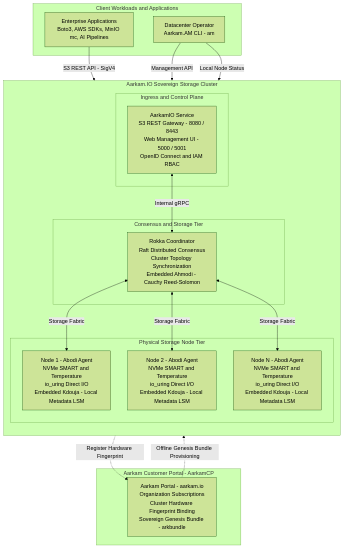
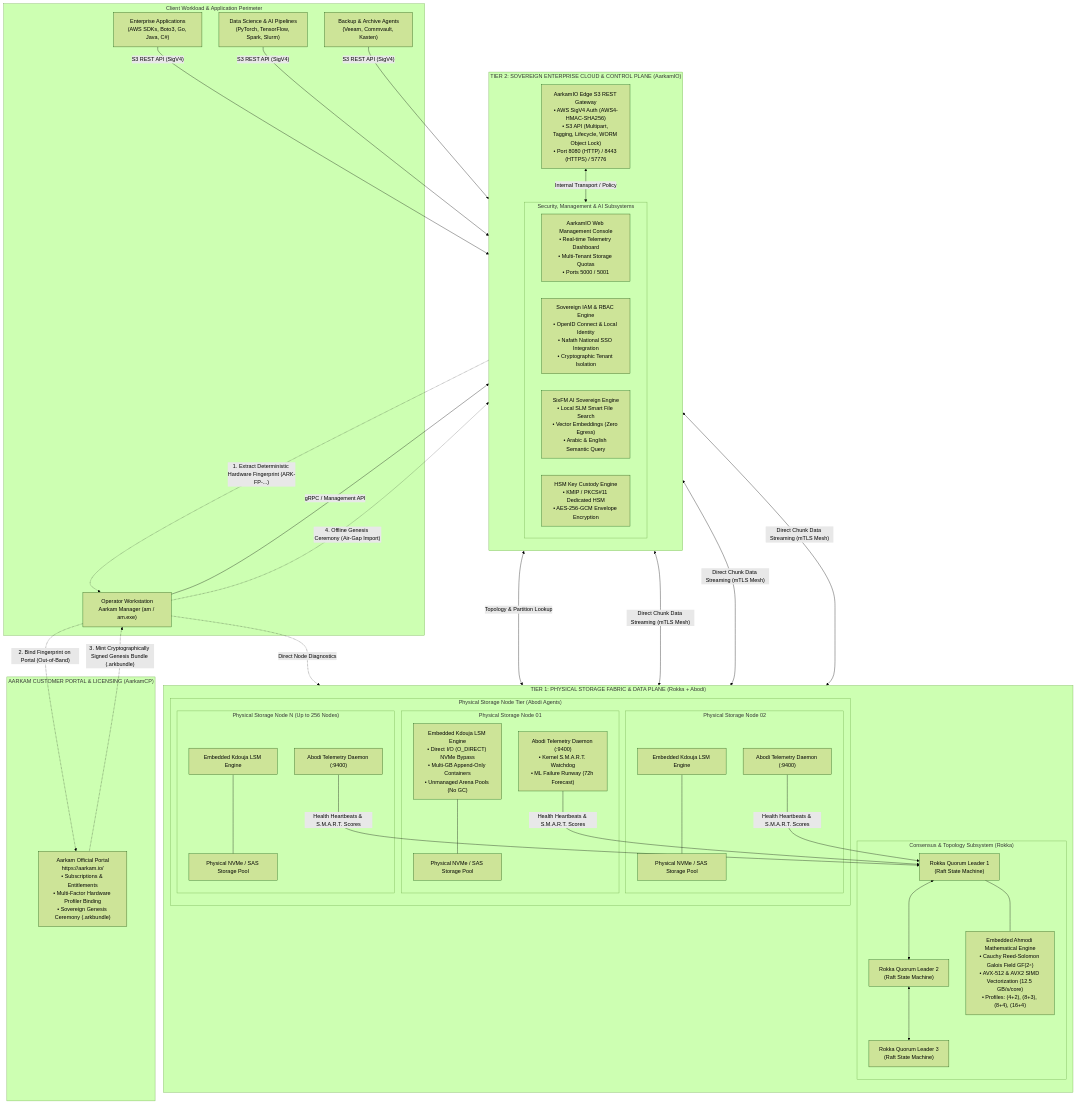
Before and after one commit to aarkamio/Aarkam: the diagram in README.md, drawn with Mermaid (forest theme). The commit also changed other lines of this file and 7 other files, not shown here.

Commit message:
docs: deeply rewrite README with system architecture, two production tiers, and customer portal genesis ceremony

````diff
--- a/README.md
+++ b/README.md
@@ -20,42 +71,87 @@
 ```mermaid
 flowchart TD
-    subgraph ClientLayer["Client Workloads and Applications"]
-        S3App["Enterprise Applications<br/>Boto3, AWS SDKs, MinIO mc, AI Pipelines"]
-        Operator["Datacenter Operator<br/>Aarkam.AM CLI - am"]
+    subgraph ClientPlane["Client Workload & Application Perimeter"]
+        App1["Enterprise Applications<br/>(AWS SDKs, Boto3, Go, Java, C#)"]
+        App2["Data Science & AI Pipelines<br/>(PyTorch, TensorFlow, Spark, Slurm)"]
+        App3["Backup & Archive Agents<br/>(Veeam, Commvault, Kasten)"]
+        AmCli["Operator Workstation<br/>Aarkam Manager (am / am.exe)"]
     end
 
-    subgraph AarkamPlatform["Aarkam.IO Sovereign Storage Cluster"]
+    subgraph Tier2["TIER 2: SOVEREIGN ENTERPRISE CLOUD & CONTROL PLANE (AarkamIO)"]
         direction TB
-
-        subgraph IngressTier["Ingress and Control Plane"]
-            AarkamIO["AarkamIO Service<br/>S3 REST Gateway - 8080 / 8443<br/>Web Management UI - 5000 / 5001<br/>OpenID Connect and IAM RBAC"]
-        end
-
-        subgraph ConsensusTier["Consensus and Storage Tier"]
-            Rokka["Rokka Coordinator<br/>Raft Distributed Consensus<br/>Cluster Topology Synchronization<br/>Embedded Ahmodi - Cauchy Reed-Solomon"]
-        end
-
-        subgraph NodeTier["Physical Storage Node Tier"]
-            AbodiNode1["Node 1 - Abodi Agent<br/>NVMe SMART and Temperature<br/>io_uring Direct I/O<br/>Embedded Kdouja - Local Metadata LSM"]
-            AbodiNode2["Node 2 - Abodi Agent<br/>NVMe SMART and Temperature<br/>io_uring Direct I/O<br/>Embedded Kdouja - Local Metadata LSM"]
-            AbodiNodeN["Node N - Abodi Agent<br/>NVMe SMART and Temperature<br/>io_uring Direct I/O<br/>Embedded Kdouja - Local Metadata LSM"]
+        Gateway["AarkamIO Edge S3 REST Gateway<br/>• AWS SigV4 Auth (AWS4-HMAC-SHA256)<br/>• S3 API (Multipart, Tagging, Lifecycle, WORM Object Lock)<br/>• Port 8080 (HTTP) / 8443 (HTTPS) / 57776"]
+        
+        subgraph Tier2Control["Security, Management & AI Subsystems"]
+            WebConsole["AarkamIO Web Management Console<br/>• Real-time Telemetry Dashboard<br/>• Multi-Tenant Storage Quotas<br/>• Ports 5000 / 5001"]
+            IAM["Sovereign IAM & RBAC Engine<br/>• OpenID Connect & Local Identity<br/>• Nafath National SSO Integration<br/>• Cryptographic Tenant Isolation"]
+            SixFM["SixFM AI Sovereign Engine<br/>• Local SLM Smart File Search<br/>• Vector Embeddings (Zero Egress)<br/>• Arabic & English Semantic Query"]
+            HSM["HSM Key Custody Engine<br/>• KMIP / PKCS#11 Dedicated HSM<br/>• AES-256-GCM Envelope Encryption"]
         end
     end
 
-    subgraph CustomerPortal["Aarkam Customer Portal - AarkamCP"]
-        CP["Aarkam Portal - aarkam.io<br/>Organization Subscriptions<br/>Cluster Hardware Fingerprint Binding<br/>Sovereign Genesis Bundle - arkbundle"]
+    subgraph Tier1["TIER 1: PHYSICAL STORAGE FABRIC & DATA PLANE (Rokka + Abodi)"]
+        direction TB
+
+        subgraph QuorumConsensus["Consensus & Topology Subsystem (Rokka)"]
+            Rokka1["Rokka Quorum Leader 1<br/>(Raft State Machine)"]
+            Rokka2["Rokka Quorum Leader 2<br/>(Raft State Machine)"]
+            Rokka3["Rokka Quorum Leader 3<br/>(Raft State Machine)"]
+            AhmodiEngine["Embedded Ahmodi Mathematical Engine<br/>• Cauchy Reed-Solomon Galois Field GF(2⁸)<br/>• AVX-512 & AVX2 SIMD Vectorization (12.5 GB/s/core)<br/>• Profiles: (4+2), (8+3), (8+4), (16+4)"]
+        end
+
+        subgraph PhysicalStorageFleet["Physical Storage Node Tier (Abodi Agents)"]
+            subgraph Node1["Physical Storage Node 01"]
+                Abodi1["Abodi Telemetry Daemon (:9400)<br/>• Kernel S.M.A.R.T. Watchdog<br/>• ML Failure Runway (72h Forecast)"]
+                Kdouja1["Embedded Kdouja LSM Engine<br/>• Direct I/O (O_DIRECT) NVMe Bypass<br/>• Multi-GB Append-Only Containers<br/>• Unmanaged Arena Pools (No GC)"]
+                Disks1["Physical NVMe / SAS Storage Pool"]
+            end
+
+            subgraph Node2["Physical Storage Node 02"]
+                Abodi2["Abodi Telemetry Daemon (:9400)"]
+                Kdouja2["Embedded Kdouja LSM Engine"]
+                Disks2["Physical NVMe / SAS Storage Pool"]
+            end
+
+            subgraph NodeN["Physical Storage Node N (Up to 256 Nodes)"]
+                AbodiN["Abodi Telemetry Daemon (:9400)"]
+                KdoujaN["Embedded Kdouja LSM Engine"]
+                DisksN["Physical NVMe / SAS Storage Pool"]
+            end
+        end
     end
 
-    S3App -->|"S3 REST API - SigV4"| AarkamIO
-    Operator -->|"Management API"| AarkamIO
-    Operator -->|"Local Node Status"| AbodiNode1
+    subgraph CustomerPortal["AARKAM CUSTOMER PORTAL & LICENSING (AarkamCP)"]
+        Portal["Aarkam Official Portal<br/>https://aarkam.io/<br/>• Subscriptions & Entitlements<br/>• Multi-Factor Hardware Profiler Binding<br/>• Sovereign Genesis Ceremony (.arkbundle)"]
+    end
 
-    AarkamIO <-->|"Internal gRPC"| Rokka
+    %% Ingress and Data Flow
+    App1 -->|"S3 REST API (SigV4)"| Gateway
+    App2 -->|"S3 REST API (SigV4)"| Gateway
+    App3 -->|"S3 REST API (SigV4)"| Gateway
+    AmCli -->|"gRPC / Management API"| Gateway
+    AmCli -.->|"Direct Node Diagnostics"| Abodi1
 
-    Rokka <-->|"Storage Fabric"| AbodiNode1
-    Rokka <-->|"Storage Fabric"| AbodiNode2
-    Rokka <-->|"Storage Fabric"| AbodiNodeN
+    Gateway <-->|"Internal Transport / Policy"| Tier2Control
+    Gateway <-->|"Topology & Partition Lookup"| Rokka1
+    Gateway <-->|"Direct Chunk Data Streaming (mTLS Mesh)"| Node1
+    Gateway <-->|"Direct Chunk Data Streaming (mTLS Mesh)"| Node2
+    Gateway <-->|"Direct Chunk Data Streaming (mTLS Mesh)"| NodeN
 
-    AbodiNode1 -.->|"Register Hardware Fingerprint"| CP
-    CP -.->|"Offline Genesis Bundle Provisioning"| AarkamIO
+    Rokka1 <--> Rokka2
+    Rokka2 <--> Rokka3
+    Rokka1 --- AhmodiEngine
+
+    Abodi1 -->|"Health Heartbeats & S.M.A.R.T. Scores"| Rokka1
+    Abodi2 -->|"Health Heartbeats & S.M.A.R.T. Scores"| Rokka1
+    AbodiN -->|"Health Heartbeats & S.M.A.R.T. Scores"| Rokka1
+
+    Kdouja1 --- Disks1
+    Kdouja2 --- Disks2
+    KdoujaN --- DisksN
+
+    %% Offline Activation Flow
+    Gateway -.->|"1. Extract Deterministic Hardware Fingerprint (ARK-FP-...)"| AmCli
+    AmCli -.->|"2. Bind Fingerprint on Portal (Out-of-Band)"| Portal
+    Portal -.->|"3. Mint Cryptographically Signed Genesis Bundle (.arkbundle)"| AmCli
+    AmCli -.->|"4. Offline Genesis Ceremony (Air-Gap Import)"| Gateway
 ```
````
